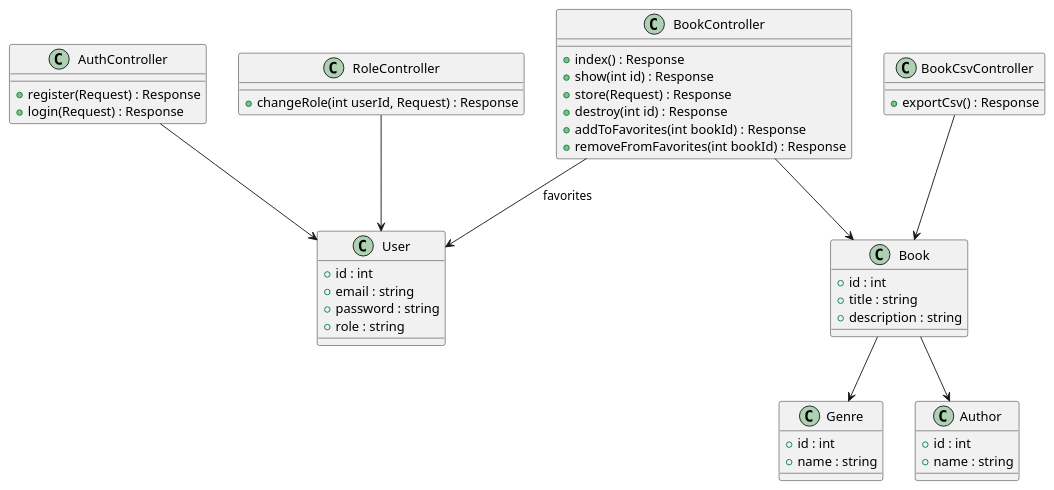
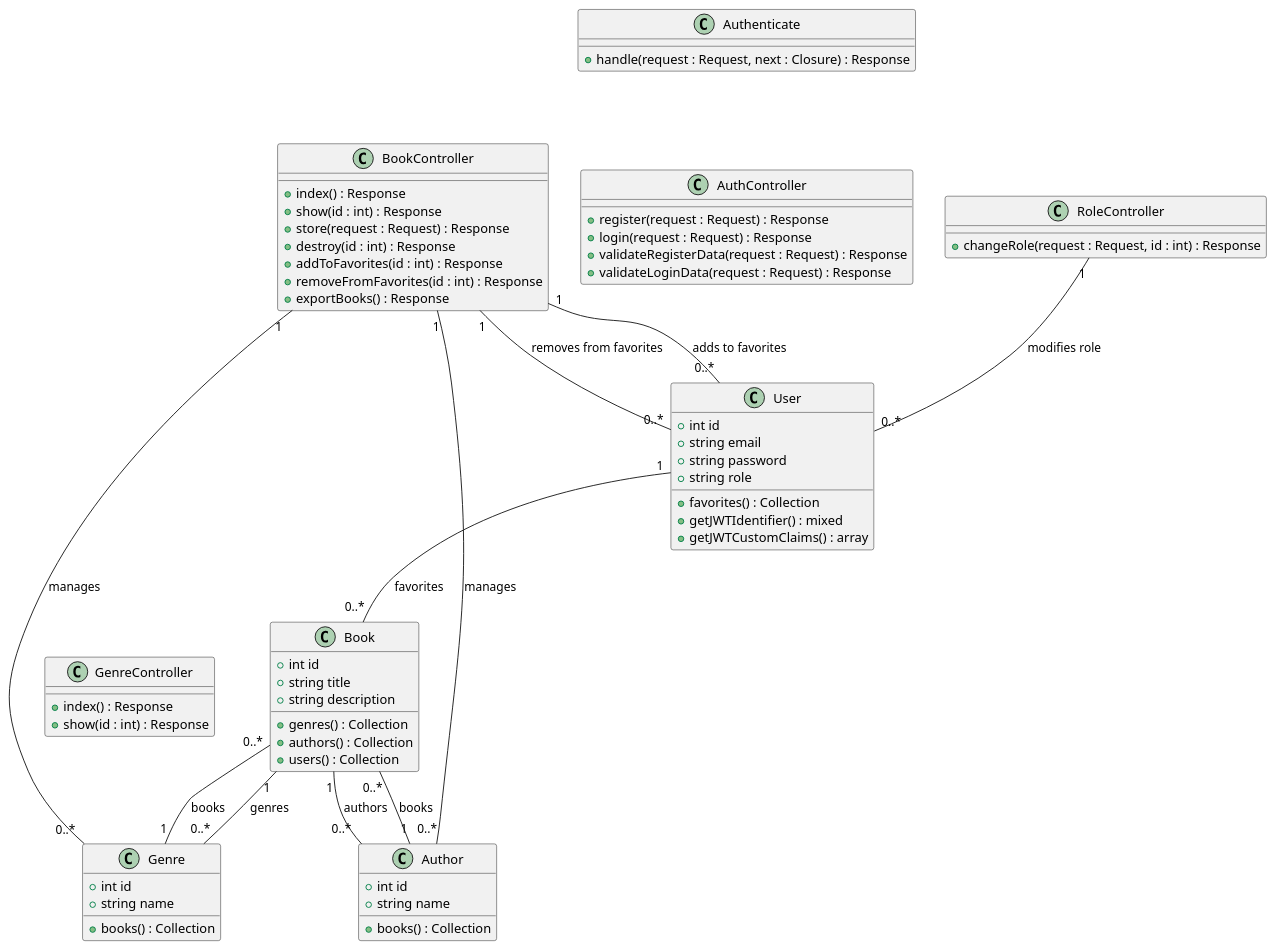
Before and after one commit to MKroppp/backend2025: the diagram in uml/ClassDiagram.puml, drawn with PlantUML. The commit also changed 3 other files, not shown here.

```diff
--- a/uml/ClassDiagram.puml
+++ b/uml/ClassDiagram.puml
@@ -1,54 +1,84 @@
 @startuml
+
+class User {
+    +int id
+    +string email
+    +string password
+    +string role
+    +favorites() : Collection
+    +getJWTIdentifier() : mixed
+    +getJWTCustomClaims() : array
+}
+
+class Book {
+    +int id
+    +string title
+    +string description
+    +genres() : Collection
+    +authors() : Collection
+    +users() : Collection
+}
+
+class Genre {
+    +int id
+    +string name
+    +books() : Collection
+}
+
+class Author {
+    +int id
+    +string name
+    +books() : Collection
+}
+
 class AuthController {
-  + register(Request) : Response
-  + login(Request) : Response
+    +register(request : Request) : Response
+    +login(request : Request) : Response
+    +validateRegisterData(request : Request) : Response
+    +validateLoginData(request : Request) : Response
 }
 
 class BookController {
-  + index() : Response
-  + show(int id) : Response
-  + store(Request) : Response
-  + destroy(int id) : Response
-  + addToFavorites(int bookId) : Response
-  + removeFromFavorites(int bookId) : Response
+    +index() : Response
+    +show(id : int) : Response
+    +store(request : Request) : Response
+    +destroy(id : int) : Response
+    +addToFavorites(id : int) : Response
+    +removeFromFavorites(id : int) : Response
+    +exportBooks() : Response
 }
 
-class BookCsvController {
-  + exportCsv() : Response
+class GenreController {
+    +index() : Response
+    +show(id : int) : Response
 }
 
 class RoleController {
-  + changeRole(int userId, Request) : Response
+    +changeRole(request : Request, id : int) : Response
 }
 
-class User {
-  + id : int
-  + email : string
-  + password : string
-  + role : string
+class Authenticate {
+    +handle(request : Request, next : Closure) : Response
 }
 
-class Book {
-  + id : int
-  + title : string
-  + description : string
-}
+User "1" -- "0..*" Book : favorites
+Book "1" -- "0..*" Genre : genres
+Book "1" -- "0..*" Author : authors
+Genre "1" -- "0..*" Book : books
+Author "1" -- "0..*" Book : books
 
-class Genre {
-  + id : int
-  + name : string
-}
+AuthController -[hidden]-> User : manages
+BookController -[hidden]-> Book : manages
+RoleController -[hidden]-> User : manages
+GenreController -[hidden]-> Genre : manages
+Authenticate -[hidden]-> AuthController : applies to
 
-class Author {
-  + id : int
-  + name : string
-}
+BookController "1" -- "0..*" Genre : manages
+BookController "1" -- "0..*" Author : manages
 
-AuthController --> User
-BookController --> Book
-BookController --> User : "favorites"
-BookCsvController --> Book
-RoleController --> User
-Book --> Genre
-Book --> Author
+BookController "1" -- "0..*" User : adds to favorites
+BookController "1" -- "0..*" User : removes from favorites
+
+RoleController "1" -- "0..*" User : modifies role
+
 @enduml
```
